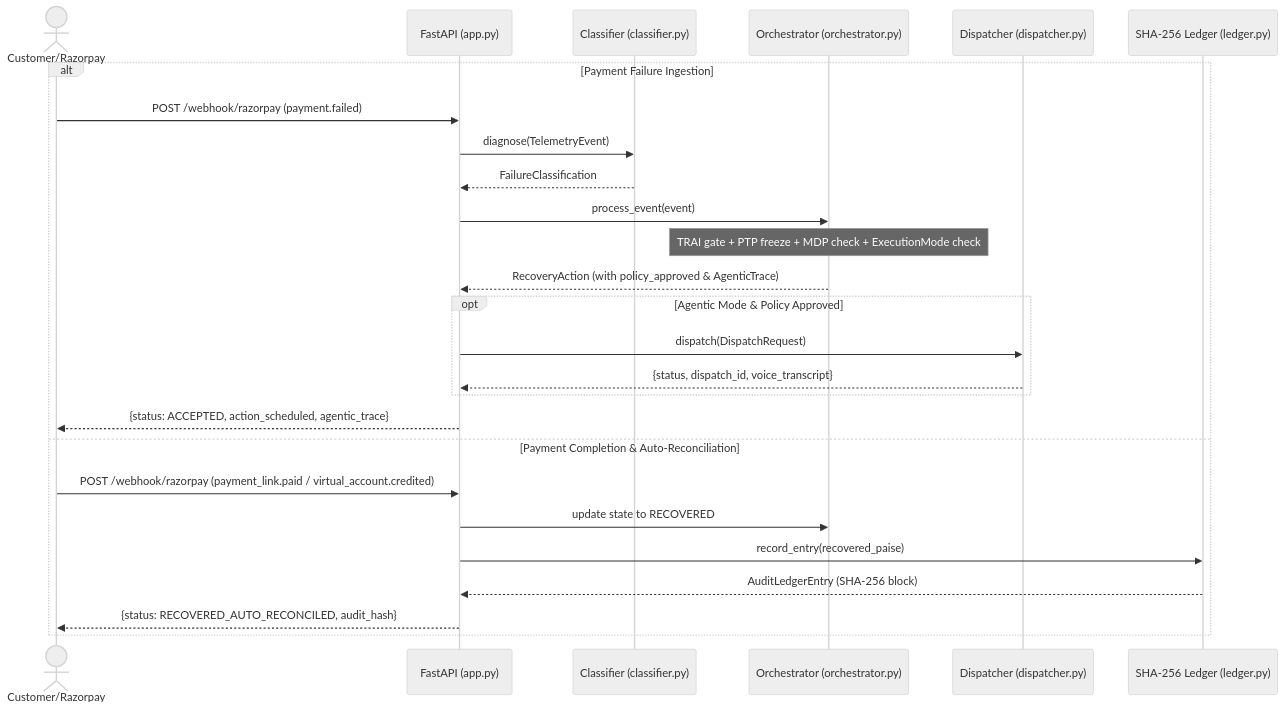
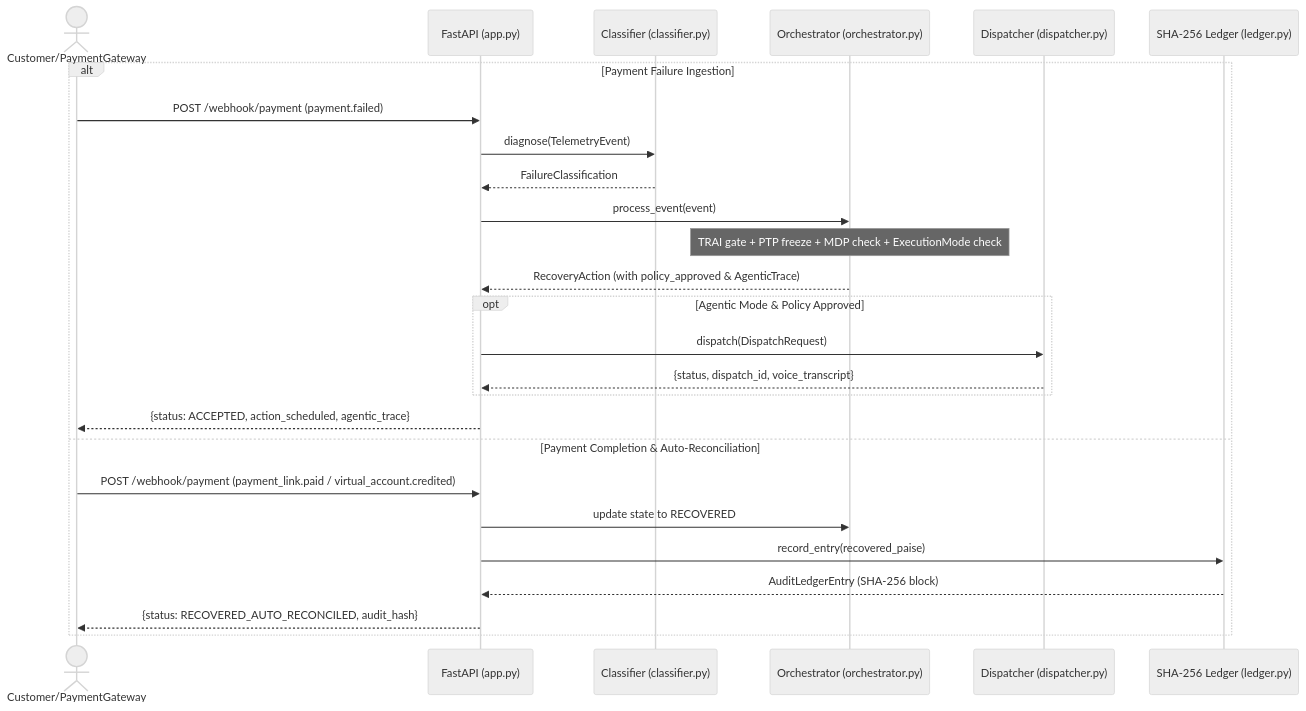
Before and after one commit to prathamamritkar/revive: the diagram in TECHNICAL.md, drawn with Mermaid (neutral theme). The commit also changed other lines of this file and 21 other files, not shown here.

````diff
--- a/TECHNICAL.md
+++ b/TECHNICAL.md
@@ -32,29 +32,29 @@
 ```mermaid
 sequenceDiagram
-    actor Customer/Razorpay
+    actor Customer/PaymentGateway
     participant API as FastAPI (app.py)
     participant Clf as Classifier (classifier.py)
     participant Orch as Orchestrator (orchestrator.py)
     participant Disp as Dispatcher (dispatcher.py)
     participant Ledger as SHA-256 Ledger (ledger.py)
 
     alt Payment Failure Ingestion
-        Customer/Razorpay->>API: POST /webhook/razorpay (payment.failed)
+        Customer/PaymentGateway->>API: POST /webhook/payment (payment.failed)
         API->>Clf: diagnose(TelemetryEvent)
         Clf-->>API: FailureClassification
         API->>Orch: process_event(event)
         Note over Orch: TRAI gate + PTP freeze + MDP check + ExecutionMode check
         Orch-->>API: RecoveryAction (with policy_approved & AgenticTrace)
         opt Agentic Mode & Policy Approved
             API->>Disp: dispatch(DispatchRequest)
             Disp-->>API: {status, dispatch_id, voice_transcript}
         end
-        API-->>Customer/Razorpay: {status: ACCEPTED, action_scheduled, agentic_trace}
+        API-->>Customer/PaymentGateway: {status: ACCEPTED, action_scheduled, agentic_trace}
     else Payment Completion & Auto-Reconciliation
-        Customer/Razorpay->>API: POST /webhook/razorpay (payment_link.paid / virtual_account.credited)
+        Customer/PaymentGateway->>API: POST /webhook/payment (payment_link.paid / virtual_account.credited)
         API->>Orch: update state to RECOVERED
         API->>Ledger: record_entry(recovered_paise)
         Ledger-->>API: AuditLedgerEntry (SHA-256 block)
-        API-->>Customer/Razorpay: {status: RECOVERED_AUTO_RECONCILED, audit_hash}
+        API-->>Customer/PaymentGateway: {status: RECOVERED_AUTO_RECONCILED, audit_hash}
     end
 ```
````
